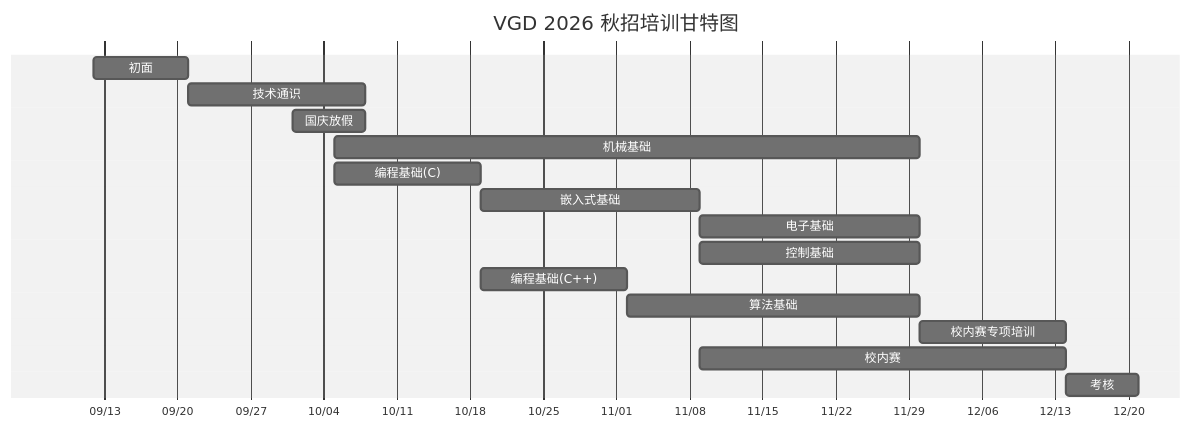
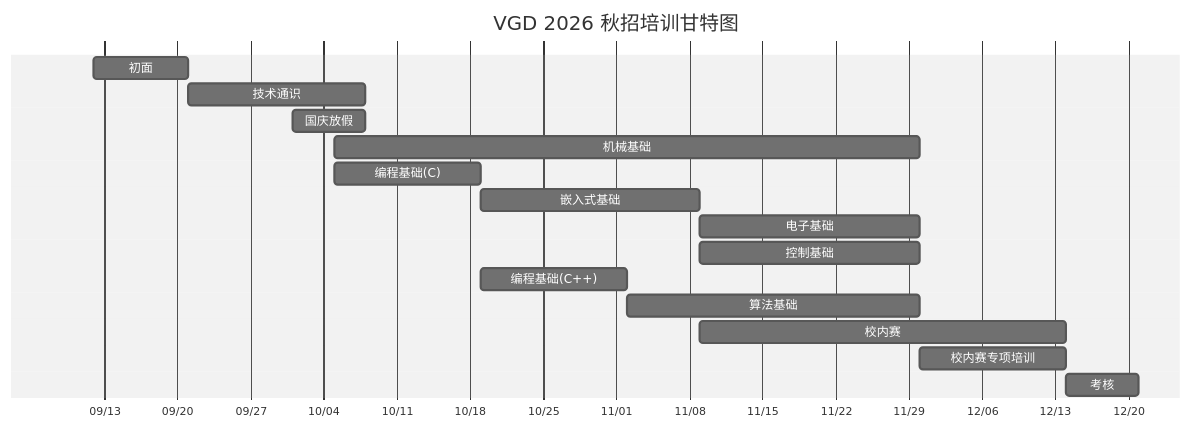
Before and after one commit to chuvgd/chuvgd-wiki: the diagram in training.md, drawn with Mermaid (neutral theme). The commit also changed other lines of this file, not shown here.

Commit message:
docs: update training

````diff
--- a/training.md
+++ b/training.md
@@ -105,21 +105,21 @@
 ```mermaid
 gantt
     title VGD 2026 秋招培训甘特图
     dateFormat YYYY-MM-DD
     axisFormat %m/%d
-    todayMarker on
+    todayMarker off
 
     初面: 2026-09-12, 9d
-    技术通识: 2026-09-21, 2026-10-08
-    国庆放假: 2026-10-1, 1w
-    机械基础: 2026-10-5, 8w
-    编程基础(C) :2026-10-05, 2w
-    嵌入式基础: 2026-10-19, 3w
-    电子基础: 2026-11-09, 3w
-    控制基础: 2026-11-09, 3w
-    编程基础(C++): 2026-10-19, 2w
-    算法基础: 2026-11-2, 4w
-    校内赛专项培训: 2026-11-30, 2w
-    校内赛: 2026-11-9, 5w
-    考核: 2026-12-14, 1w
+    技术通识: 2026-09-21, 17d
+    国庆放假: 2026-10-01, 7d
+    机械基础: 2026-10-05, 56d
+    编程基础(C): 2026-10-05, 14d
+    嵌入式基础: 2026-10-19, 21d
+    电子基础: 2026-11-09, 21d
+    控制基础: 2026-11-09, 21d
+    编程基础(C++): 2026-10-19, 14d
+    算法基础: 2026-11-02, 28d
+    校内赛: 2026-11-09, 35d
+    校内赛专项培训: 2026-11-30, 14d
+    考核: 2026-12-14, 7d
 ```
````
